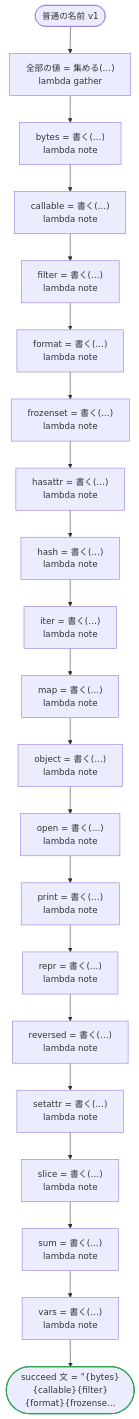
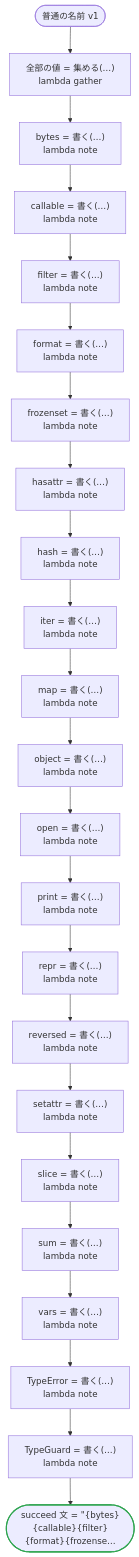
Before and after one commit to i2y/ritsu: the diagram in crates/dandori/tests/doc/tests-flows-plain_names-ja.ja.md, drawn with Mermaid. The commit also changed other lines of this file and 4819 other files, not shown here.

````diff
--- a/crates/dandori/tests/doc/tests-flows-plain_names-ja.ja.md
+++ b/crates/dandori/tests/doc/tests-flows-plain_names-ja.ja.md
@@ -9,47 +9,51 @@
 ```mermaid
 flowchart TD
     start(["普通の名前 v1"])
     s1["全部の値 = 集める(…)<br>lambda gather"]
     s2["bytes = 書く(…)<br>lambda note"]
     s3["callable = 書く(…)<br>lambda note"]
     s4["filter = 書く(…)<br>lambda note"]
     s5["format = 書く(…)<br>lambda note"]
     s6["frozenset = 書く(…)<br>lambda note"]
     s7["hasattr = 書く(…)<br>lambda note"]
     s8["hash = 書く(…)<br>lambda note"]
     s9["iter = 書く(…)<br>lambda note"]
     s10["map = 書く(…)<br>lambda note"]
     s11["object = 書く(…)<br>lambda note"]
     s12["open = 書く(…)<br>lambda note"]
     s13["print = 書く(…)<br>lambda note"]
     s14["repr = 書く(…)<br>lambda note"]
     s15["reversed = 書く(…)<br>lambda note"]
     s16["setattr = 書く(…)<br>lambda note"]
     s17["slice = 書く(…)<br>lambda note"]
     s18["sum = 書く(…)<br>lambda note"]
     s19["vars = 書く(…)<br>lambda note"]
-    s20(["succeed 文 = #quot;{bytes}{callable}{filter}{format}{frozense…"])
+    s20["TypeError = 書く(…)<br>lambda note"]
+    s21["TypeGuard = 書く(…)<br>lambda note"]
+    s22(["succeed 文 = #quot;{bytes}{callable}{filter}{format}{frozense…"])
     start --> s1
     s1 --> s2
     s2 --> s3
     s3 --> s4
     s4 --> s5
     s5 --> s6
     s6 --> s7
     s7 --> s8
     s8 --> s9
     s9 --> s10
     s10 --> s11
     s11 --> s12
     s12 --> s13
     s13 --> s14
     s14 --> s15
     s15 --> s16
     s16 --> s17
     s17 --> s18
     s18 --> s19
     s19 --> s20
+    s20 --> s21
+    s21 --> s22
     classDef ok stroke:#2da44e,stroke-width:2px
     classDef bad stroke:#cf222e,stroke-width:2px
-    class s20 ok
+    class s22 ok
 ```
````
